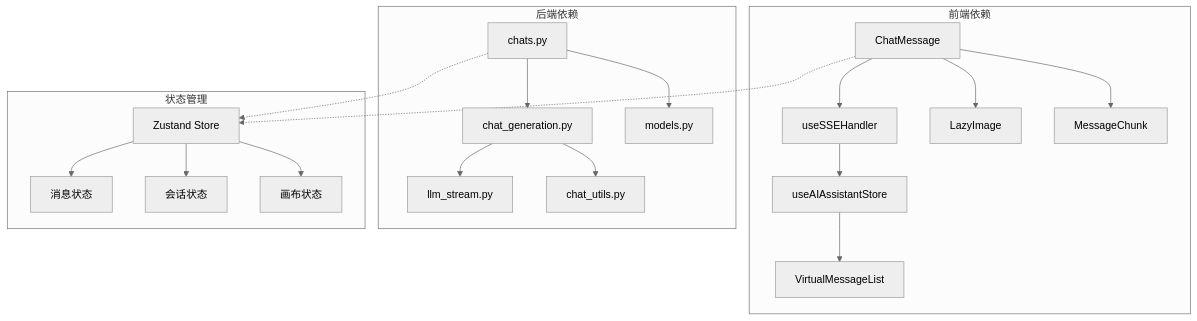
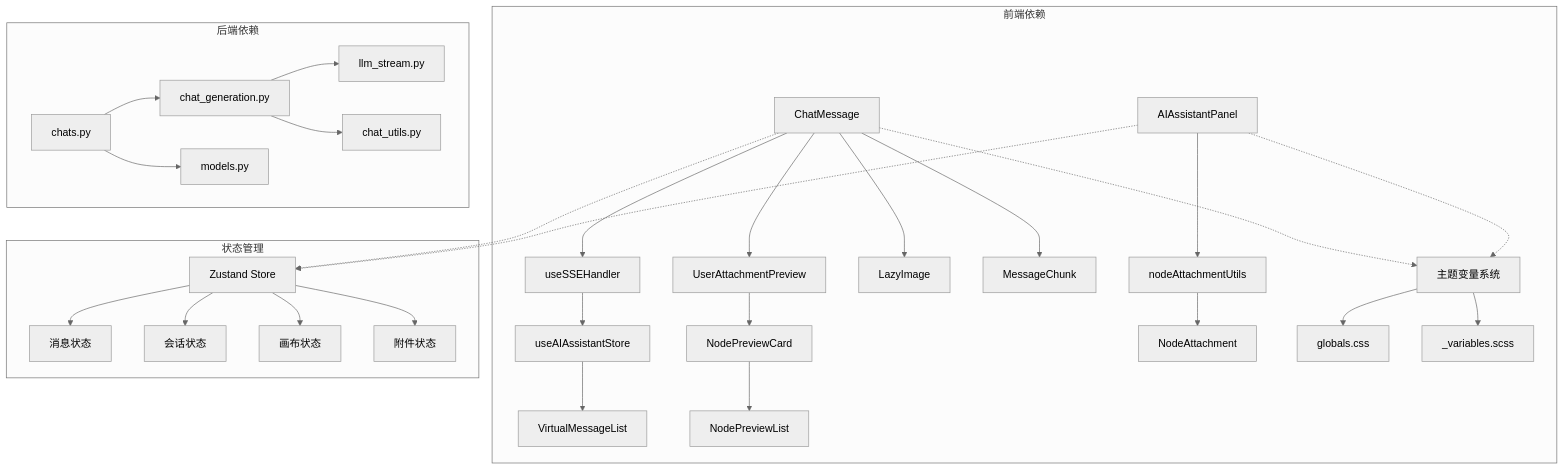
Diagram 13 of 13 in .qoder/repowiki/zh/content/Chat Message Enhancement.md (KunLabAI/KunFlix), drawn with Mermaid (neutral theme) before and after one commit. The commit also changed other lines of this file and 14 other files, not shown here.

````diff
--- a/.qoder/repowiki/zh/content/Chat Message Enhancement.md
+++ b/.qoder/repowiki/zh/content/Chat Message Enhancement.md
@@ -320,23 +456,33 @@
 ```mermaid
 graph TB
 subgraph "前端依赖"
 A[ChatMessage] --> B[useSSEHandler]
 B --> C[useAIAssistantStore]
 C --> D[VirtualMessageList]
-A --> E[LazyImage]
-A --> F[MessageChunk]
+A --> E[UserAttachmentPreview]
+A --> F[LazyImage]
+A --> G[MessageChunk]
+E --> H[NodePreviewCard]
+H --> I[NodePreviewList]
+J[AIAssistantPanel] --> K[nodeAttachmentUtils]
+K --> L[NodeAttachment]
+M[主题变量系统] --> N[globals.css]
+M --> O[_variables.scss]
+A -.-> M
+J -.-> M
 end
 subgraph "后端依赖"
-G[chats.py] --> H[chat_generation.py]
-H --> I[llm_stream.py]
-H --> J[chat_utils.py]
-G --> K[models.py]
+P[chats.py] --> Q[chat_generation.py]
+Q --> R[llm_stream.py]
+Q --> S[chat_utils.py]
+P --> T[models.py]
 end
 subgraph "状态管理"
-L[Zustand Store] --> M[消息状态]
-L --> N[会话状态]
-L --> O[画布状态]
+U[Zustand Store] --> V[消息状态]
+U --> W[会话状态]
+U --> X[画布状态]
+U --> Y[附件状态]
+A -.-> U
+J -.-> U
 end
-A -.-> L
-G -.-> L
 ```
````
